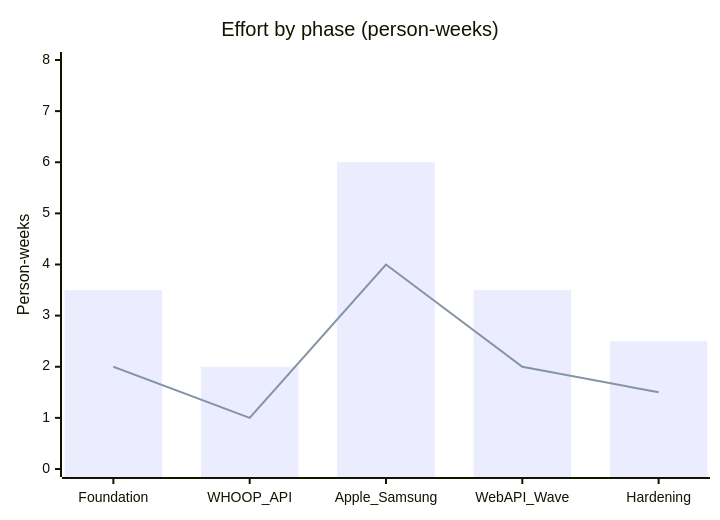
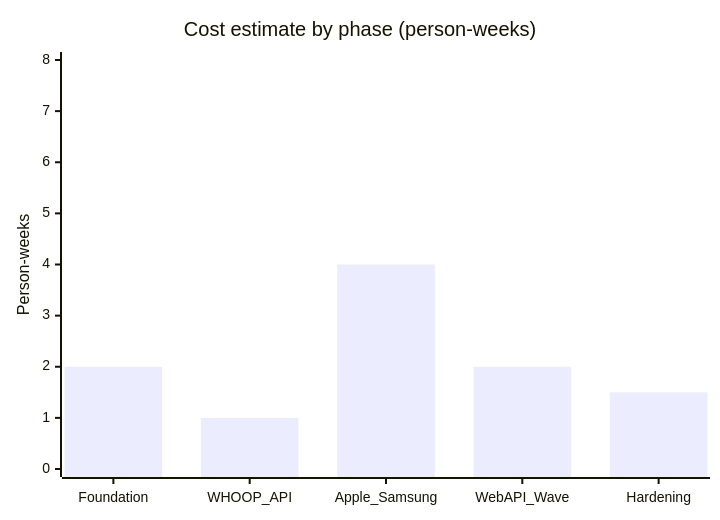
One commit to MattWoodard82/VOILoop changed the second of 2 diagrams in docs/terra-buy-vs-build-recommendation.md. Above: the diagram before and after it, drawn with Mermaid. The commit also changed other lines of this file and 1 other file, not shown here.

Commit message:
Standardize docs to single cost-estimate format
- Remove human-only and agentic split from remaining docs tables
- Keep only single cost estimate values in person-weeks
- Update buy-vs-build effort chart to single cost-estimate series

````diff
--- a/docs/terra-buy-vs-build-recommendation.md
+++ b/docs/terra-buy-vs-build-recommendation.md
@@ -121,8 +121,7 @@
 ```mermaid
 xychart-beta
-  title "Effort by phase (person-weeks)"
+  title "Cost estimate by phase (person-weeks)"
   x-axis [Foundation, WHOOP_API, Apple_Samsung, WebAPI_Wave, Hardening]
   y-axis "Person-weeks" 0 --> 8
-  bar [3.5, 2.0, 6.0, 3.5, 2.5]
-  line [2.0, 1.0, 4.0, 2.0, 1.5]
+  bar [2.0, 1.0, 4.0, 2.0, 1.5]
 ```
````
